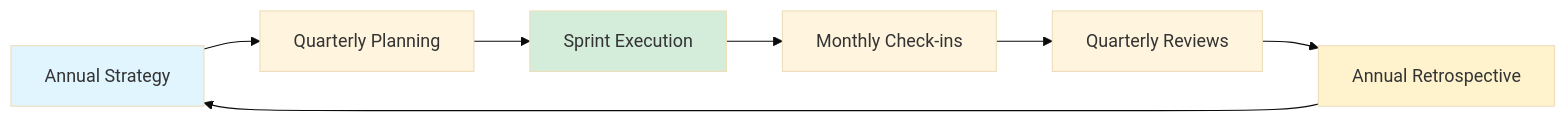
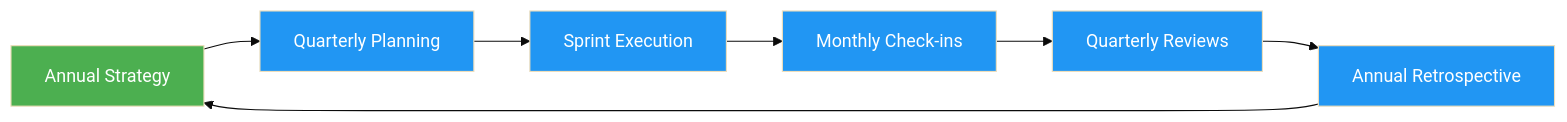
Before and after one commit to ultralytics/handbook: the diagram in docs/en/goals/company-goals.md, drawn with Mermaid (base theme). The commit also changed 16 other files, not shown here.

Commit message:
Standardize Mermaid diagram colors (#302)

````diff
--- a/docs/en/goals/company-goals.md
+++ b/docs/en/goals/company-goals.md
@@ -67,13 +67,12 @@
 ```mermaid
 graph LR
-    A[Annual Strategy] --> B[Quarterly Planning]
-    B --> C[Sprint Execution]
-    C --> D[Monthly Check-ins]
-    D --> E[Quarterly Reviews]
-    E --> F[Annual Retrospective]
+    A[Annual Strategy]:::start --> B[Quarterly Planning]:::proc
+    B --> C[Sprint Execution]:::proc
+    C --> D[Monthly Check-ins]:::proc
+    D --> E[Quarterly Reviews]:::proc
+    E --> F[Annual Retrospective]:::proc
     F --> A
 
-    style A fill:#e1f5ff
-    style C fill:#d4edda
-    style F fill:#fff3cd
+    classDef start fill:#4CAF50,color:#fff
+    classDef proc fill:#2196F3,color:#fff
 ```
````
